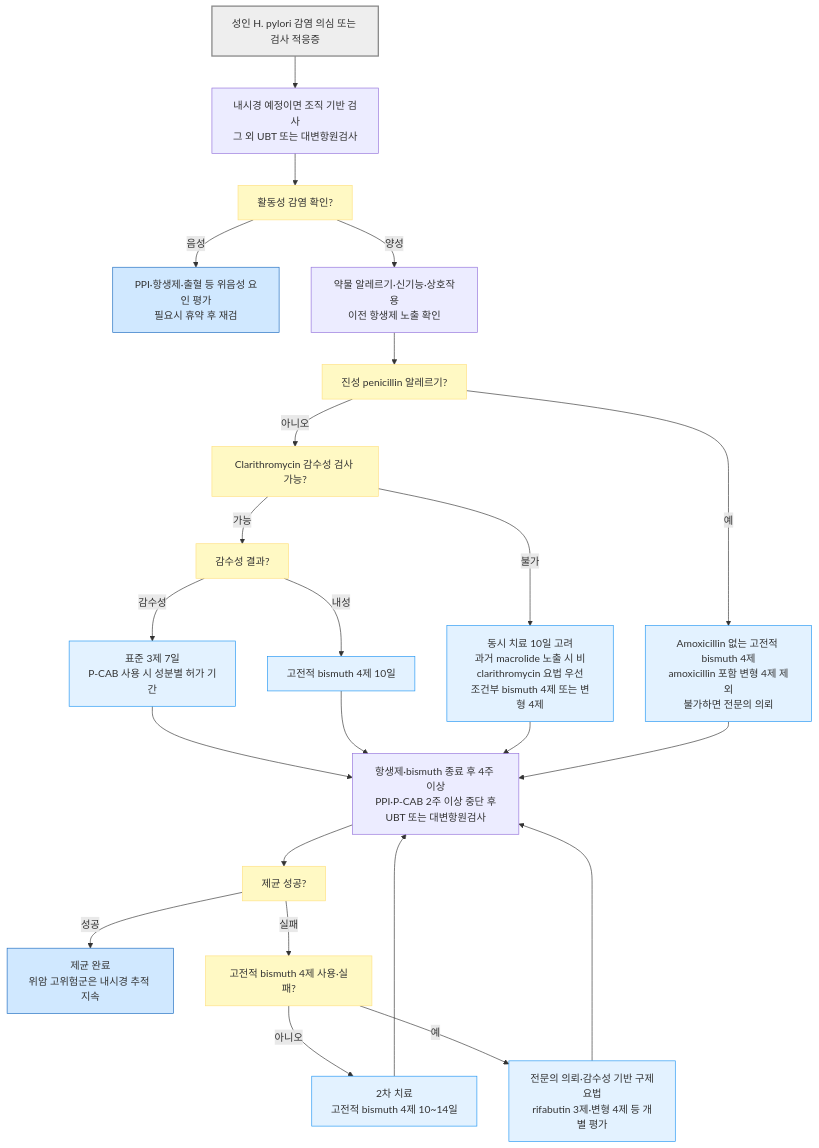
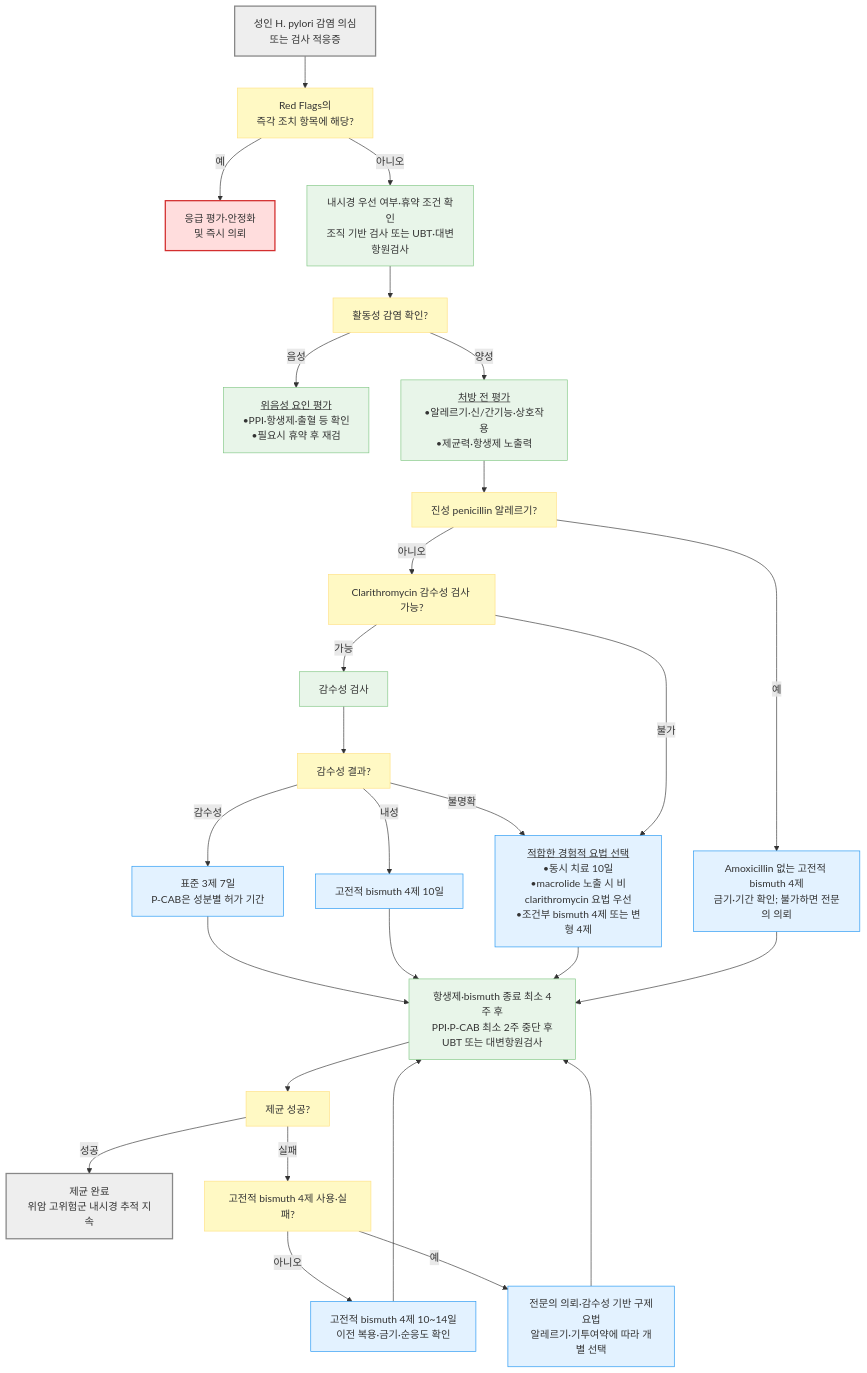
One commit to familyoh77/familyoh77 changed the diagram in 224_/080_-h_pylori-infection.md. Above: the diagram before and after it, drawn with Mermaid. The commit also changed other lines of this file and 5 other files, not shown here.

````diff
--- a/224_/080_-h_pylori-infection.md
+++ b/224_/080_-h_pylori-infection.md
@@ -119,32 +119,38 @@
 ```mermaid
 flowchart TD
-    A["성인 H. pylori 감염 의심 또는 검사 적응증"] --> B["내시경 예정이면 조직 기반 검사<br/>그 외 UBT 또는 대변항원검사"]
+    A["성인 H. pylori 감염 의심<br/>또는 검사 적응증"] --> R["Red Flags의<br/>즉각 조치 항목에 해당?"]
+    R -- "예" --> U["응급 평가·안정화<br/>및 즉시 의뢰"]
+    R -- "아니오" --> B["내시경 우선 여부·휴약 조건 확인<br/>조직 기반 검사 또는 UBT·대변항원검사"]
     B --> C["활동성 감염 확인?"]
-    C -- "음성" --> D["PPI·항생제·출혈 등 위음성 요인 평가<br/>필요시 휴약 후 재검"]
-    C -- "양성" --> V["약물 알레르기·신기능·상호작용<br/>이전 항생제 노출 확인"]
+    C -- "음성" --> D["<u>위음성 요인 평가</u><br/>•PPI·항생제·출혈 등 확인<br/>•필요시 휴약 후 재검"]
+    C -- "양성" --> V["<u>처방 전 평가</u><br/>•알레르기·신/간기능·상호작용<br/>•제균력·항생제 노출력"]
     V --> P["진성 penicillin 알레르기?"]
+    P -- "예" --> Q["Amoxicillin 없는 고전적 bismuth 4제<br/>금기·기간 확인; 불가하면 전문의 의뢰"]
     P -- "아니오" --> E["Clarithromycin 감수성 검사 가능?"]
-    P -- "예" --> Q["Amoxicillin 없는 고전적 bismuth 4제<br/>amoxicillin 포함 변형 4제 제외<br/>불가하면 전문의 의뢰"]
-    E -- "가능" --> F["감수성 결과?"]
-    F -- "감수성" --> G["표준 3제 7일<br/>P-CAB 사용 시 성분별 허가 기간"]
+    E -- "가능" --> AST["감수성 검사"]
+    AST --> F["감수성 결과?"]
+    F -- "감수성" --> G["표준 3제 7일<br/>P-CAB은 성분별 허가 기간"]
     F -- "내성" --> H["고전적 bismuth 4제 10일"]
-    E -- "불가" --> I["동시 치료 10일 고려<br/>과거 macrolide 노출 시 비clarithromycin 요법 우선<br/>조건부 bismuth 4제 또는 변형 4제"]
-    G --> J["항생제·bismuth 종료 후 4주 이상<br/>PPI·P-CAB 2주 이상 중단 후<br/>UBT 또는 대변항원검사"]
+    F -- "불명확" --> I["<u>적합한 경험적 요법 선택</u><br/>•동시 치료 10일<br/>•macrolide 노출 시 비clarithromycin 요법 우선<br/>•조건부 bismuth 4제 또는 변형 4제"]
+    E -- "불가" --> I
+    G --> J["항생제·bismuth 종료 최소 4주 후<br/>PPI·P-CAB 최소 2주 중단 후<br/>UBT 또는 대변항원검사"]
     H --> J
     I --> J
     Q --> J
     J --> K["제균 성공?"]
-    K -- "성공" --> L["제균 완료<br/>위암 고위험군은 내시경 추적 지속"]
+    K -- "성공" --> L["제균 완료<br/>위암 고위험군 내시경 추적 지속"]
     K -- "실패" --> M["고전적 bismuth 4제 사용·실패?"]
-    M -- "아니오" --> N["2차 치료<br/>고전적 bismuth 4제 10~14일"]
-    M -- "예" --> O["전문의 의뢰·감수성 기반 구제요법<br/>rifabutin 3제·변형 4제 등 개별 평가"]
+    M -- "아니오" --> N["고전적 bismuth 4제 10~14일<br/>이전 복용·금기·순응도 확인"]
+    M -- "예" --> O["전문의 의뢰·감수성 기반 구제요법<br/>알레르기·기투여약에 따라 개별 선택"]
     N --> J
     O --> J
-    style A fill:#eeeeee,stroke:#888888,stroke-width:2px
-    classDef yellow fill:#fff9c4,stroke:#ffe082
-    class C,E,F,K,M,P yellow
-    classDef sky fill:#e3f2ff,stroke:#2196f3
-    class G,H,I,N,O,Q sky
-    classDef blue fill:#d0e8ff,stroke:#1a6abf
-    class D,L blue
+    classDef neutral fill:#eeeeee,stroke:#888888,stroke-width:2px
+    classDef question fill:#fff9c4,stroke:#ffe082
+    classDef test fill:#e8f5e9,stroke:#81c784
+    classDef treatment fill:#e3f2ff,stroke:#2196f3
+    class A,L neutral
+    class R,C,E,F,K,M,P question
+    class B,D,V,AST,J test
+    class G,H,I,N,O,Q treatment
+    style U fill:#ffdddd,stroke:#d32f2f,stroke-width:2px
 ```
````
